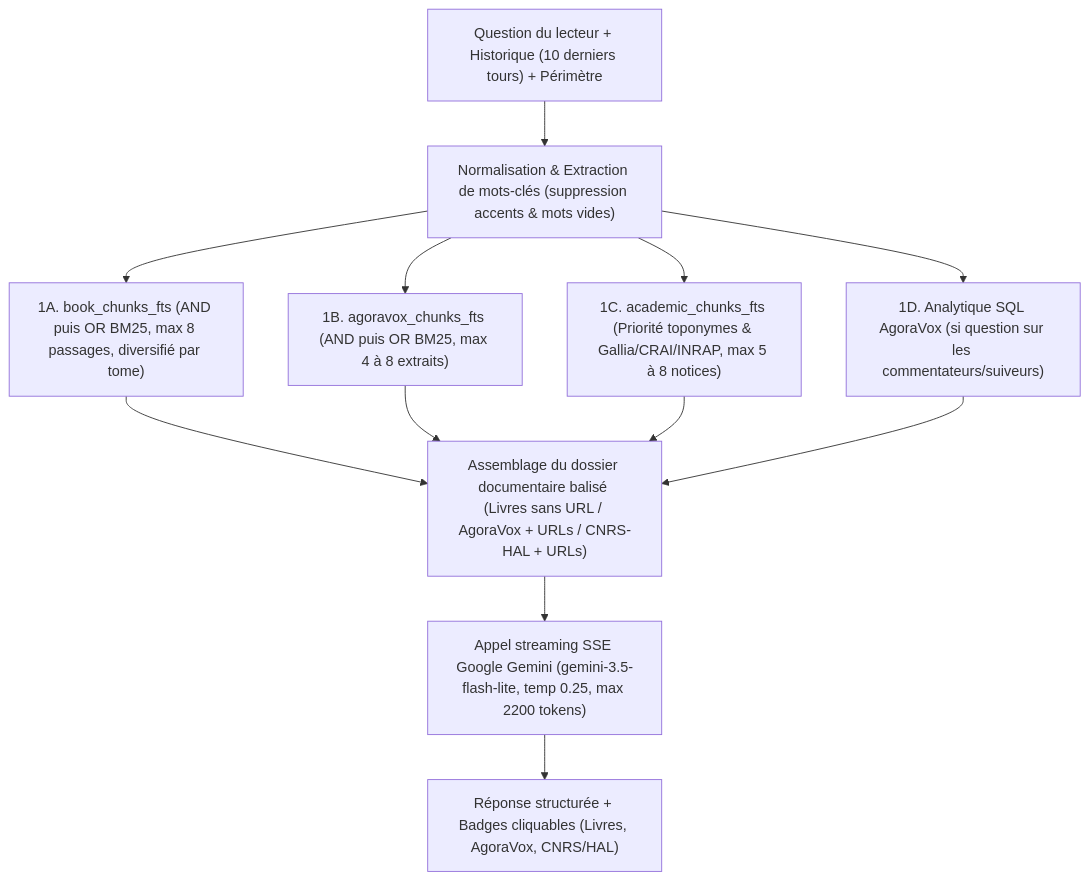
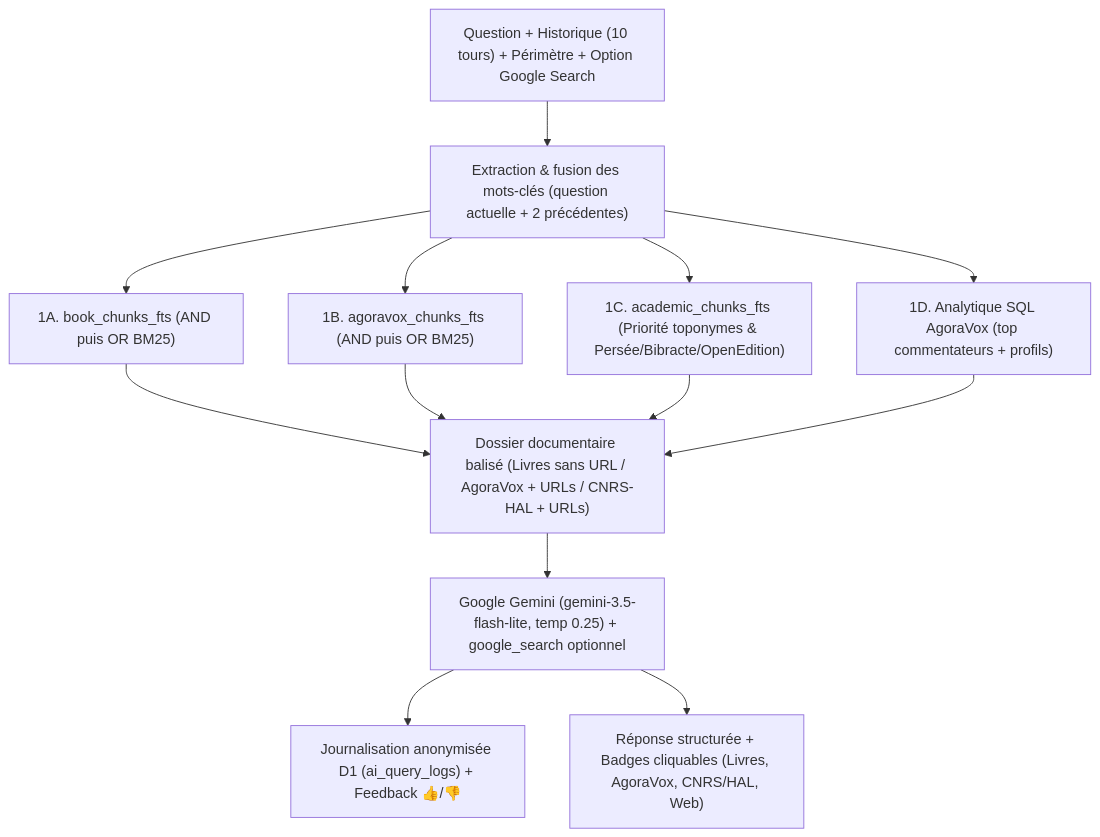
One commit to pmourey/Livres-de-Jean changed the diagram in docs/rapport_audit_ia_cloudflare.md. Above: the diagram before and after it, drawn with Mermaid. The commit also changed other lines of this file, not shown here.

Commit message:
docs(ai): update Cloudflare AI audit report with deployed status and public LLM enrichment TODOs

````diff
--- a/docs/rapport_audit_ia_cloudflare.md
+++ b/docs/rapport_audit_ia_cloudflare.md
@@ -96,14 +94,15 @@
 ```mermaid
 flowchart TD
-    Q["Question du lecteur + Historique (10 derniers tours) + Périmètre"] --> KW["Normalisation & Extraction de mots-clés (suppression accents & mots vides)"]
-    KW --> FTS1["1A. book_chunks_fts (AND puis OR BM25, max 8 passages, diversifié par tome)"]
-    KW --> FTS2["1B. agoravox_chunks_fts (AND puis OR BM25, max 4 à 8 extraits)"]
-    KW --> FTS3["1C. academic_chunks_fts (Priorité toponymes & Gallia/CRAI/INRAP, max 5 à 8 notices)"]
-    KW --> SQL["1D. Analytique SQL AgoraVox (si question sur les commentateurs/suiveurs)"]
-    FTS1 --> CTX["Assemblage du dossier documentaire balisé (Livres sans URL / AgoraVox + URLs / CNRS-HAL + URLs)"]
+    Q["Question + Historique (10 tours) + Périmètre + Option Google Search"] --> KW["Extraction & fusion des mots-clés (question actuelle + 2 précédentes)"]
+    KW --> FTS1["1A. book_chunks_fts (AND puis OR BM25)"]
+    KW --> FTS2["1B. agoravox_chunks_fts (AND puis OR BM25)"]
+    KW --> FTS3["1C. academic_chunks_fts (Priorité toponymes & Persée/Bibracte/OpenEdition)"]
+    KW --> SQL["1D. Analytique SQL AgoraVox (top commentateurs + profils)"]
+    FTS1 --> CTX["Dossier documentaire balisé (Livres sans URL / AgoraVox + URLs / CNRS-HAL + URLs)"]
     FTS2 --> CTX
     FTS3 --> CTX
     SQL --> CTX
-    CTX --> LLM["Appel streaming SSE Google Gemini (gemini-3.5-flash-lite, temp 0.25, max 2200 tokens)"]
-    LLM --> UI["Réponse structurée + Badges cliquables (Livres, AgoraVox, CNRS/HAL)"]
+    CTX --> LLM["Google Gemini (gemini-3.5-flash-lite, temp 0.25) + google_search optionnel"]
+    LLM --> LOG["Journalisation anonymisée D1 (ai_query_logs) + Feedback 👍/👎"]
+    LLM --> UI["Réponse structurée + Badges cliquables (Livres, AgoraVox, CNRS/HAL, Web)"]
 ```
````
